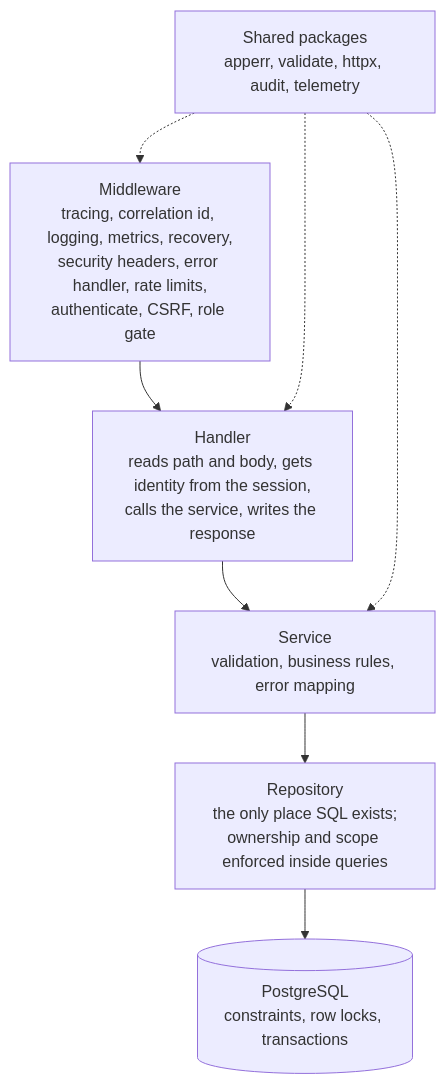
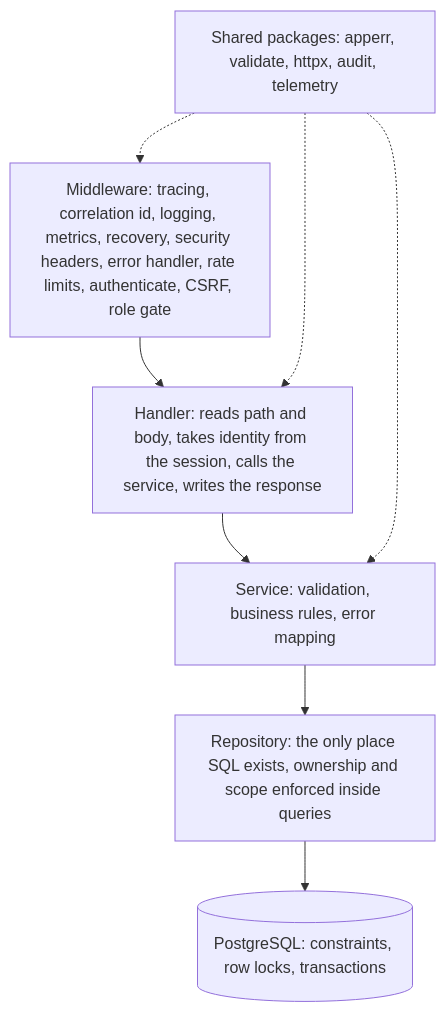
The second of 7 diagrams in docs/architecture.md (harshatha-exe/bank-app), drawn with Mermaid before and after one commit. The commit also changed other lines of this file and 4 other files, not shown here.

Commit message:
Fix: [docs/] mermaid flows , missing apis

````diff
--- a/docs/architecture.md
+++ b/docs/architecture.md
@@ -20,13 +23,13 @@
 ```mermaid
 flowchart TD
-    MW["Middleware<br/>tracing, correlation id, logging, metrics, recovery,<br/>security headers, error handler, rate limits,<br/>authenticate, CSRF, role gate"]
-    H["Handler<br/>reads path and body, gets identity from the session,<br/>calls the service, writes the response"]
-    S["Service<br/>validation, business rules, error mapping"]
-    R["Repository<br/>the only place SQL exists;<br/>ownership and scope enforced inside queries"]
-    DB[("PostgreSQL<br/>constraints, row locks, transactions")]
+    MW["Middleware: tracing, correlation id, logging, metrics, recovery, security headers, error handler, rate limits, authenticate, CSRF, role gate"]
+    H["Handler: reads path and body, takes identity from the session, calls the service, writes the response"]
+    S["Service: validation, business rules, error mapping"]
+    R["Repository: the only place SQL exists, ownership and scope enforced inside queries"]
+    DB[("PostgreSQL: constraints, row locks, transactions")]
     MW --> H --> S --> R --> DB
-    SH["Shared packages<br/>apperr, validate, httpx, audit, telemetry"]
+    SH["Shared packages: apperr, validate, httpx, audit, telemetry"]
     SH -.-> H
     SH -.-> S
     SH -.-> MW
 ```
````
